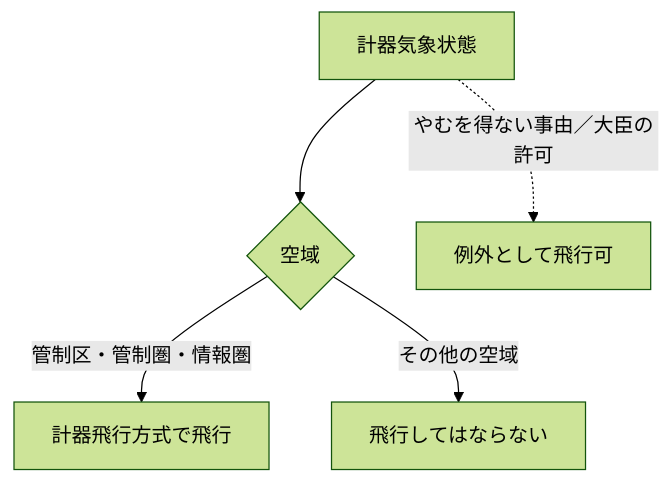
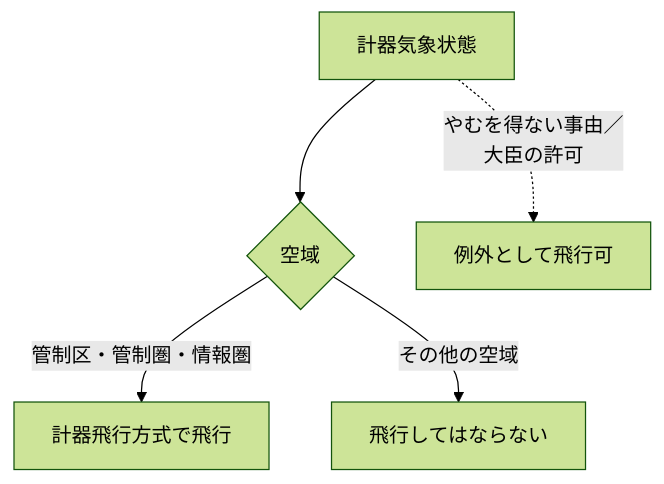
One commit to yonemotoBB/pil changed diagram 26 of 30 in chapters/06_第六章.md. Above: the diagram before and after it, drawn with Mermaid (forest theme). The commit also changed other lines of this file, not shown here.

````diff
--- a/chapters/06_第六章.md
+++ b/chapters/06_第六章.md
@@ -1380,7 +1380,7 @@
 ```mermaid
 flowchart TD
   A["計器気象状態"] --> B{"空域"}
   B -->|管制区・管制圏・情報圏| C["計器飛行方式で飛行"]
   B -->|その他の空域| Dd["飛行してはならない"]
-  A -. やむを得ない事由／大臣の許可 .-> E["例外として飛行可"]
+  A -. やむを得ない事由／<br>大臣の許可 .-> E["例外として飛行可"]
 ```
````
